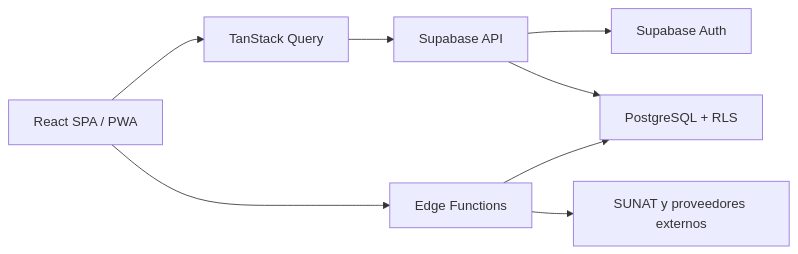
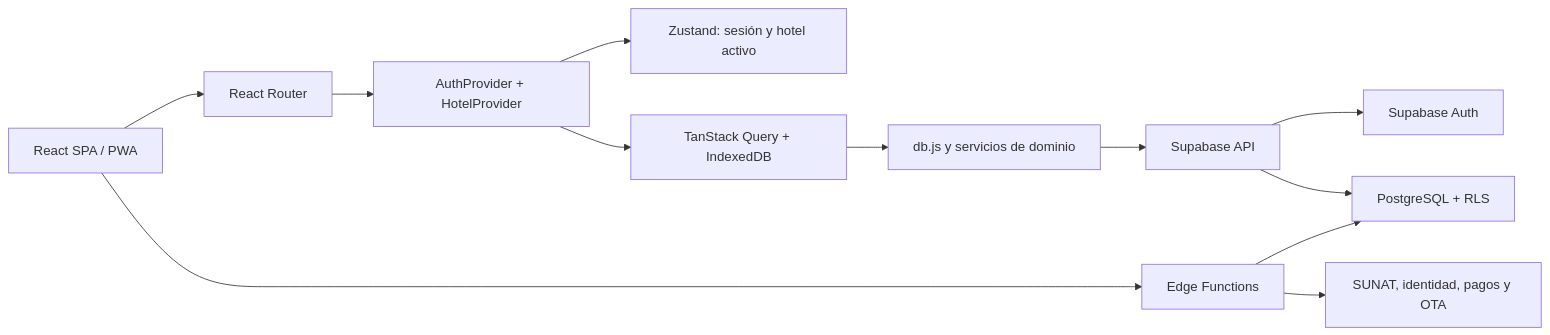
Before and after one commit to jhoncharlesjcar/pms-jcar-labs-inc: the first of 2 diagrams in specs/architecture.md, drawn with Mermaid. The commit also changed other lines of this file and 13 other files, not shown here.

````diff
--- a/specs/architecture.md
+++ b/specs/architecture.md
@@ -9,10 +12,14 @@
 ```mermaid
 flowchart LR
-    UI["React SPA / PWA"] --> QUERY["TanStack Query"]
-    QUERY --> API["Supabase API"]
+    UI["React SPA / PWA"] --> ROUTER["React Router"]
+    ROUTER --> PROVIDERS["AuthProvider + HotelProvider"]
+    PROVIDERS --> STORE["Zustand: sesión y hotel activo"]
+    PROVIDERS --> QUERY["TanStack Query + IndexedDB"]
+    QUERY --> DB["db.js y servicios de dominio"]
+    DB --> API["Supabase API"]
     API --> AUTH["Supabase Auth"]
-    API --> RLS["PostgreSQL + RLS"]
+    API --> PG["PostgreSQL + RLS"]
     UI --> EDGE["Edge Functions"]
-    EDGE --> RLS
-    EDGE --> EXT["SUNAT y proveedores externos"]
+    EDGE --> PG
+    EDGE --> EXT["SUNAT, identidad, pagos y OTA"]
 ```
````
